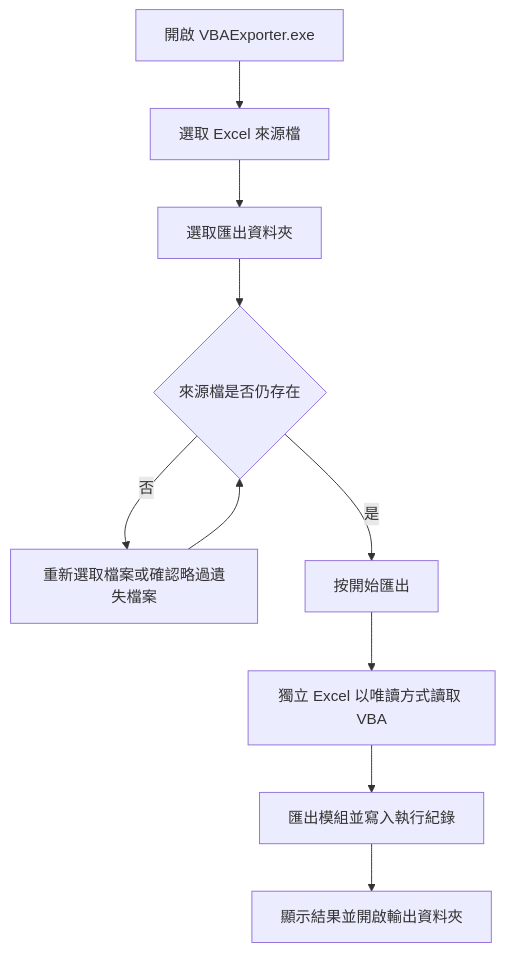
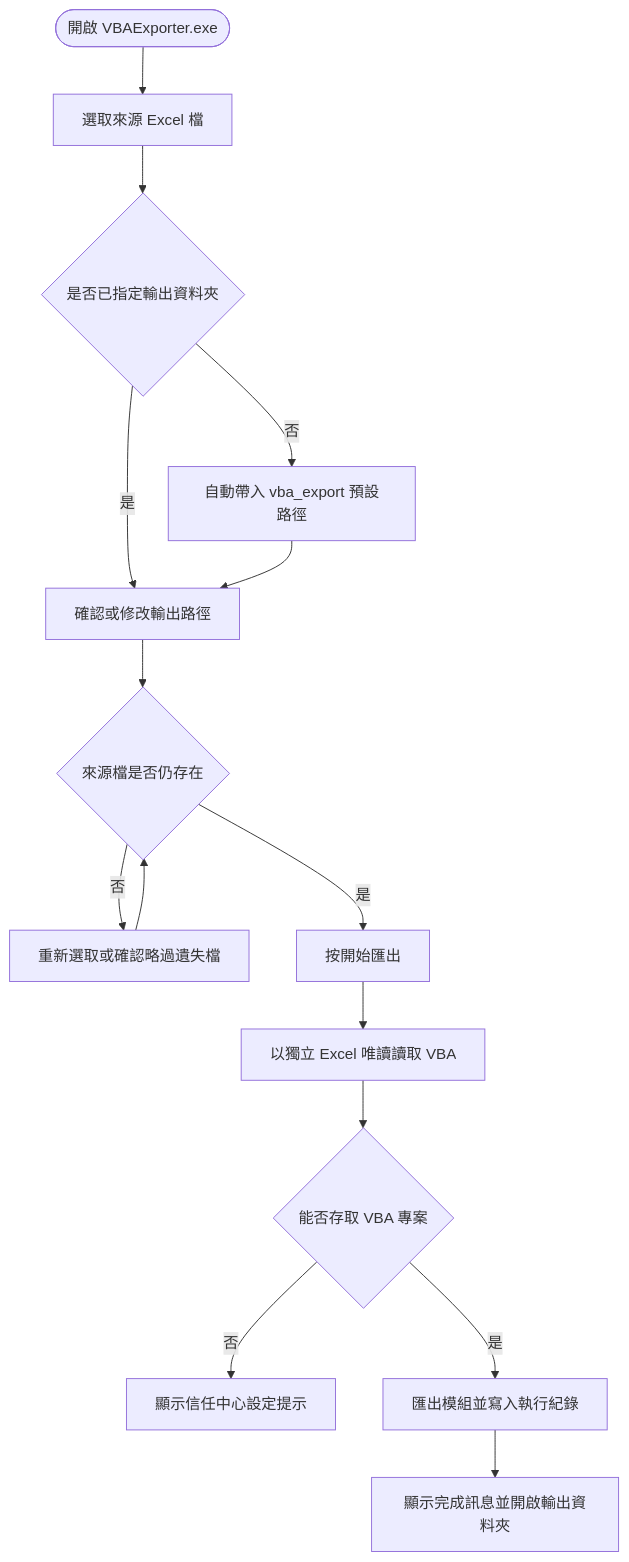
The first of 4 diagrams in README.md (DunkLiao/vba-exporter), drawn with Mermaid before and after one commit. The commit also changed other lines of this file, not shown here.

First line of the commit message:
Rewrite README as a user manual with Mermaid flowcharts

````diff
--- a/README.md
+++ b/README.md
@@ -30,12 +52,17 @@
 ```mermaid
 flowchart TD
-    A[開啟 VBAExporter.exe] --> B[選取 Excel 來源檔]
-    B --> C[選取匯出資料夾]
-    C --> D{來源檔是否仍存在}
-    D -- 否 --> E[重新選取檔案或確認略過遺失檔案]
-    E --> D
-    D -- 是 --> F[按開始匯出]
-    F --> G[獨立 Excel 以唯讀方式讀取 VBA]
-    G --> H[匯出模組並寫入執行紀錄]
-    H --> I[顯示結果並開啟輸出資料夾]
+    A([開啟 VBAExporter.exe]) --> B[選取來源 Excel 檔]
+    B --> C{是否已指定輸出資料夾}
+    C -- 否 --> D[自動帶入 vba_export 預設路徑]
+    C -- 是 --> E[確認或修改輸出路徑]
+    D --> E
+    E --> F{來源檔是否仍存在}
+    F -- 否 --> G[重新選取或確認略過遺失檔]
+    G --> F
+    F -- 是 --> H[按開始匯出]
+    H --> I[以獨立 Excel 唯讀讀取 VBA]
+    I --> J{能否存取 VBA 專案}
+    J -- 否 --> K[顯示信任中心設定提示]
+    J -- 是 --> L[匯出模組並寫入執行紀錄]
+    L --> M[顯示完成訊息並開啟輸出資料夾]
 ```
````
